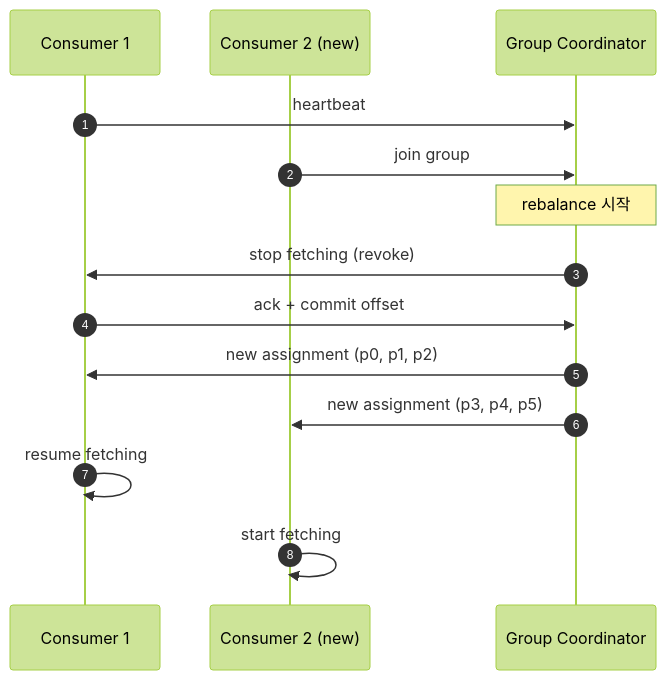
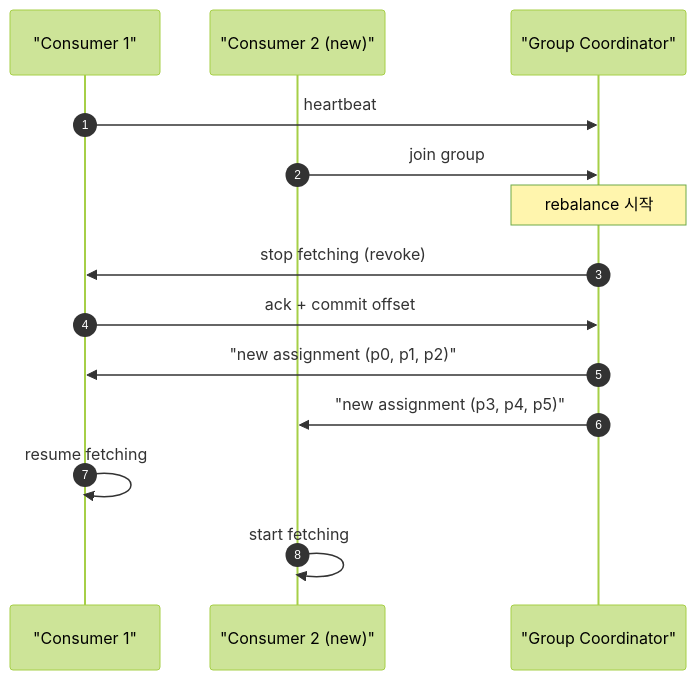
Before and after one commit to shinkeonkim/shinkeonkim.github.io: the third of 8 diagrams in src/content/wiki/distributed-systems/kafka-consumer-group.mdx, drawn with Mermaid (forest theme). The commit also changed other lines of this file and 526 other files, not shown here.

First line of the commit message:
content(wiki): 전수조사 및 대규모 보강 (짧은 파일 0, mermaid +645)

````diff
--- a/src/content/wiki/distributed-systems/kafka-consumer-group.mdx
+++ b/src/content/wiki/distributed-systems/kafka-consumer-group.mdx
@@ -42,17 +76,17 @@
 ```mermaid
 sequenceDiagram
     autonumber
-    participant C1 as Consumer 1
-    participant C2 as Consumer 2 (new)
-    participant Coord as Group Coordinator
+    participant C1 as "Consumer 1"
+    participant C2 as "Consumer 2 (new)"
+    participant Coord as "Group Coordinator"
 
     C1->>Coord: heartbeat
     C2->>Coord: join group
     Note over Coord: rebalance 시작
     Coord->>C1: stop fetching (revoke)
     C1->>Coord: ack + commit offset
-    Coord->>C1: new assignment (p0, p1, p2)
-    Coord->>C2: new assignment (p3, p4, p5)
+    Coord->>C1: "new assignment (p0, p1, p2)"
+    Coord->>C2: "new assignment (p3, p4, p5)"
     C1->>C1: resume fetching
     C2->>C2: start fetching
 ```
````
